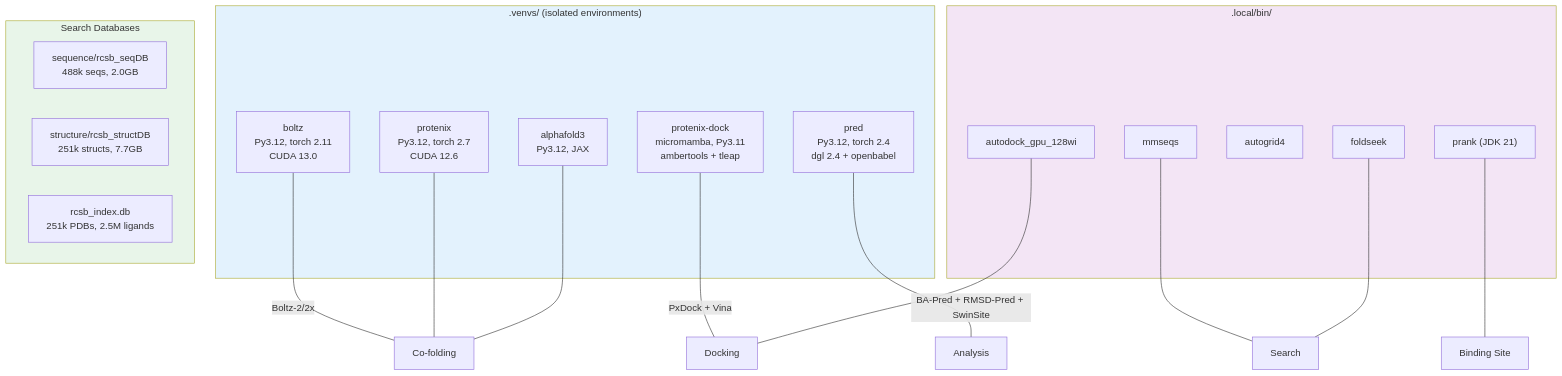
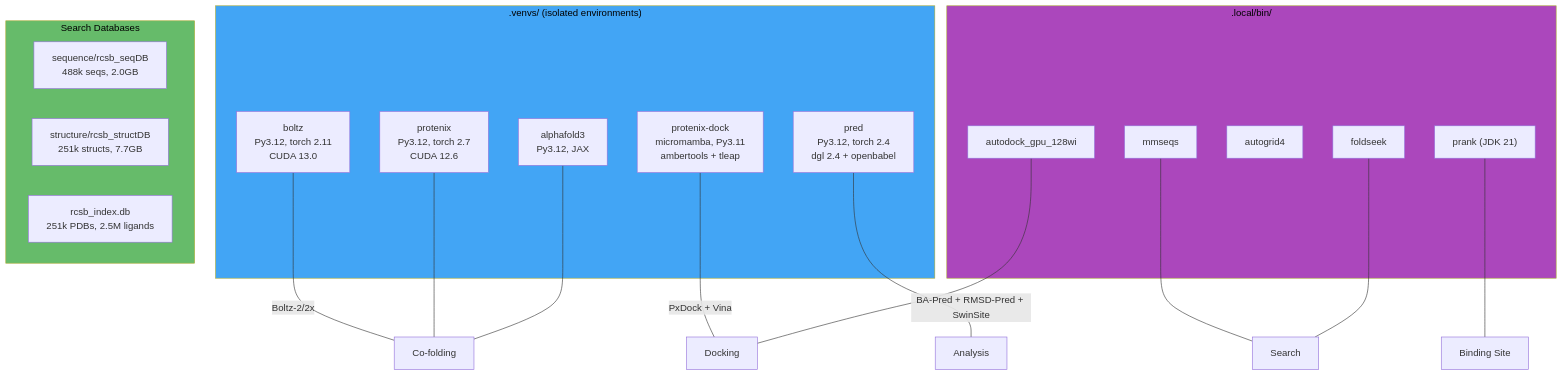
Diagram 17 of 17 in docs/pipeline.md (eightmm/mosaic-pl), drawn with Mermaid before and after one commit. The commit also changed other lines of this file, not shown here.

````diff
--- a/docs/pipeline.md
+++ b/docs/pipeline.md
@@ -513,38 +513,38 @@
 ```mermaid
 graph TB
     subgraph VENVS[".venvs/ (isolated environments)"]
         BOLTZ["boltz\nPy3.12, torch 2.11\nCUDA 13.0"]
         PROTENIX["protenix\nPy3.12, torch 2.7\nCUDA 12.6"]
         AF3["alphafold3\nPy3.12, JAX"]
         PXDOCK["protenix-dock\nmicromamba, Py3.11\nambertools + tleap"]
         PRED["pred\nPy3.12, torch 2.4\ndgl 2.4 + openbabel"]
     end
 
     subgraph BINS[".local/bin/"]
         MMSEQS["mmseqs"]
         FOLDSEEK["foldseek"]
         AUTOGRID["autogrid4"]
         ADGPU["autodock_gpu_128wi"]
         PRANK["prank (JDK 21)"]
     end
 
     subgraph DBS["Search Databases"]
         SEQDB["sequence/rcsb_seqDB\n488k seqs, 2.0GB"]
         STRUCTDB["structure/rcsb_structDB\n251k structs, 7.7GB"]
         RCSBDB["rcsb_index.db\n251k PDBs, 2.5M ligands"]
     end
 
     BOLTZ ---|"Boltz-2/2x"| COFOLDING["Co-folding"]
     PROTENIX --- COFOLDING
     AF3 --- COFOLDING
     PXDOCK ---|"PxDock + Vina"| DOCKING["Docking"]
     PRED ---|"BA-Pred + RMSD-Pred + SwinSite"| ANALYSIS["Analysis"]
     MMSEQS --- SEARCH["Search"]
     FOLDSEEK --- SEARCH
     ADGPU --- DOCKING
     PRANK --- BINDING["Binding Site"]
 
-    style VENVS fill:#e3f2fd
-    style BINS fill:#f3e5f5
-    style DBS fill:#e8f5e9
+    style VENVS fill:#42a5f5,color:#000
+    style BINS fill:#ab47bc,color:#000
+    style DBS fill:#66bb6a,color:#000
 ```
````
